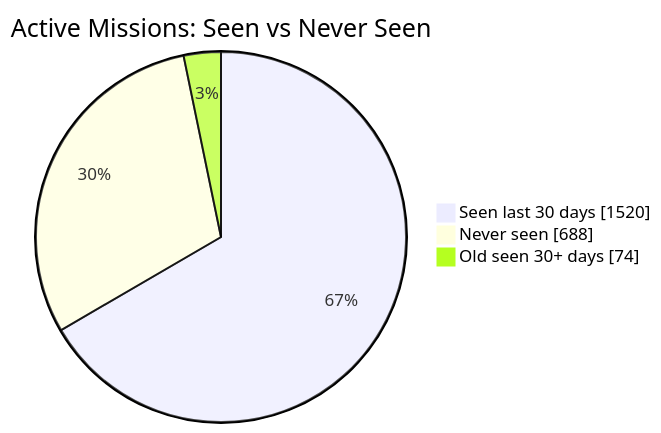
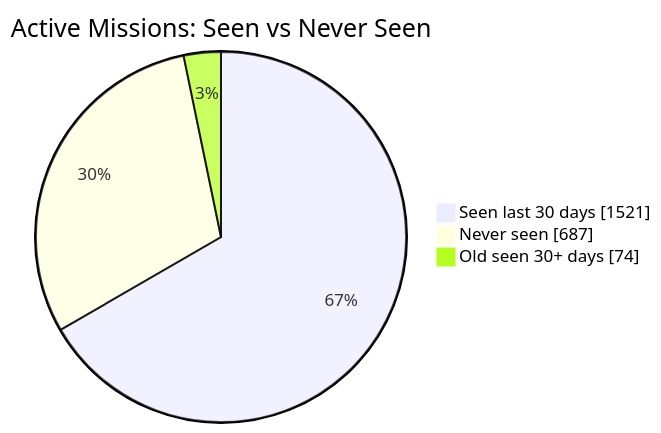
One commit to MeldkamerspelGameTeam/active-missions changed the first of 2 diagrams in README.md. Above: the diagram before and after it, drawn with Mermaid. The commit also changed other lines of this file and 2 other files, not shown here.

````diff
--- a/README.md
+++ b/README.md
@@ -34,7 +34,7 @@
 ```mermaid
 pie showData
     title Active Missions: Seen vs Never Seen
-    "Seen last 30 days" : 1520
-    "Never seen" : 688
+    "Seen last 30 days" : 1521
+    "Never seen" : 687
     "Old seen 30+ days" : 74
 ```
````
